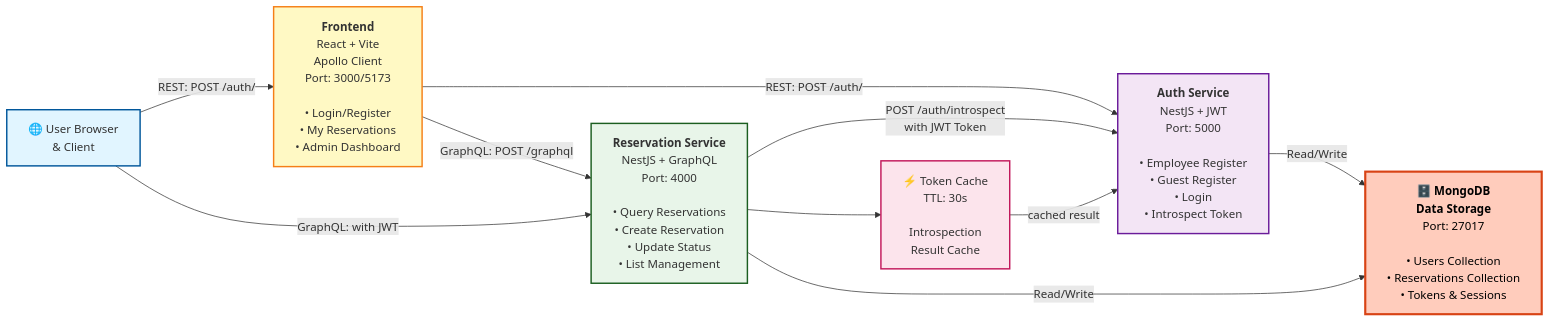
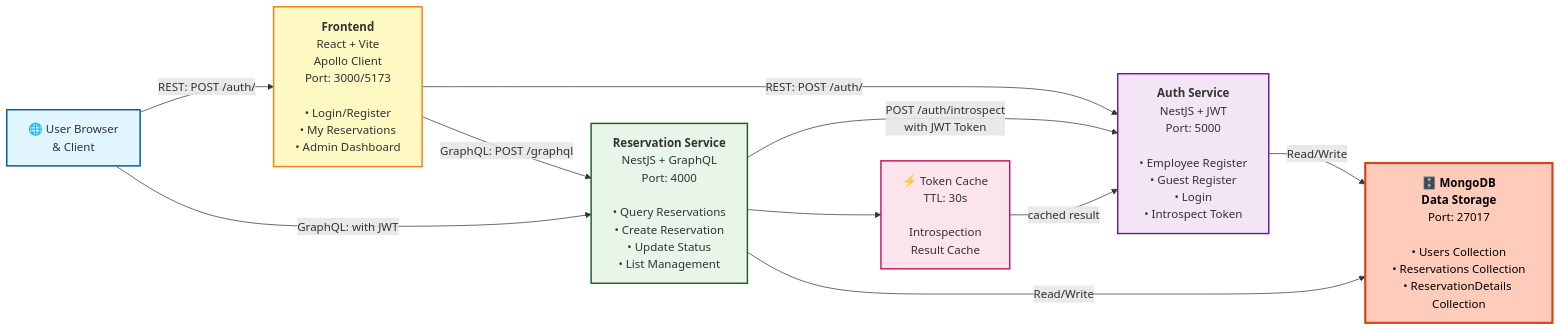
One commit to ywenj/hilton_reservation_package_v2 changed the diagram in README.md. Above: the diagram before and after it, drawn with Mermaid. The commit also changed other lines of this file and 1 other file, not shown here.

````diff
--- a/README.md
+++ b/README.md
@@ -11,35 +11,35 @@
 ```mermaid
 graph LR
     Browser["🌐 User Browser<br/>& Client"]
 
     Frontend["<b>Frontend</b><br/>React + Vite<br/>Apollo Client<br/>Port: 3000/5173<br/><br/>• Login/Register<br/>• My Reservations<br/>• Admin Dashboard"]
 
     AuthService["<b>Auth Service</b><br/>NestJS + JWT<br/>Port: 5000<br/><br/>• Employee Register<br/>• Guest Register<br/>• Login<br/>• Introspect Token"]
 
     ReservationService["<b>Reservation Service</b><br/>NestJS + GraphQL<br/>Port: 4000<br/><br/>• Query Reservations<br/>• Create Reservation<br/>• Update Status<br/>• List Management"]
 
     Cache["⚡ Token Cache<br/>TTL: 30s<br/><br/>Introspection<br/>Result Cache"]
 
-    MongoDB["<b>🗄️ MongoDB</b><br/><b>Data Storage</b><br/>Port: 27017<br/><br/>• Users Collection<br/>• Reservations Collection<br/>• Tokens & Sessions"]
+    MongoDB["<b>🗄️ MongoDB</b><br/><b>Data Storage</b><br/>Port: 27017<br/><br/>• Users Collection<br/>• Reservations Collection<br/>• ReservationDetails Collection"]
 
     Browser -->|REST: POST /auth/| Frontend
     Browser -->|GraphQL: with JWT| ReservationService
 
     Frontend -->|REST: POST /auth/| AuthService
     Frontend -->|GraphQL: POST /graphql| ReservationService
 
     ReservationService -->|POST /auth/introspect<br/>with JWT Token| AuthService
 
     ReservationService --> Cache
     Cache -->|cached result| AuthService
 
     AuthService -->|Read/Write| MongoDB
     ReservationService -->|Read/Write| MongoDB
 
     style Browser fill:#e1f5ff,stroke:#01579b,stroke-width:2px
     style Frontend fill:#fff9c4,stroke:#f57f17,stroke-width:2px
     style AuthService fill:#f3e5f5,stroke:#6a1b9a,stroke-width:2px
     style ReservationService fill:#e8f5e9,stroke:#1b5e20,stroke-width:2px
     style MongoDB fill:#ffccbc,stroke:#d84315,stroke-width:3px,color:#000
     style Cache fill:#fce4ec,stroke:#c2185b,stroke-width:2px
 ```
````
